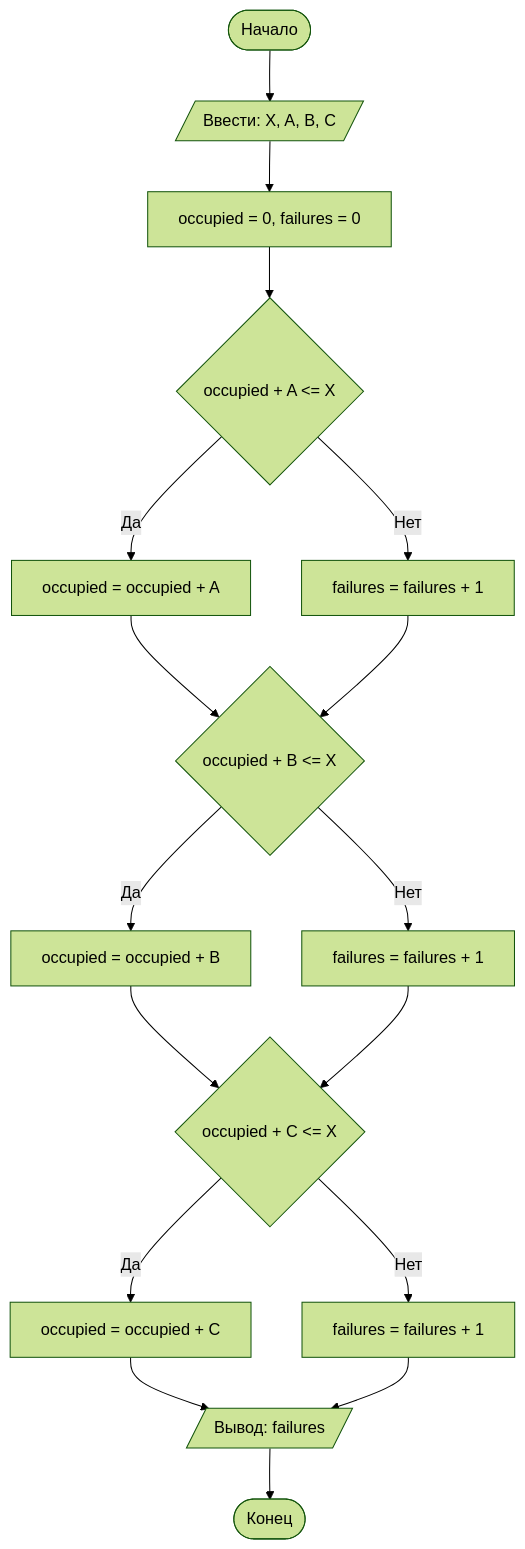
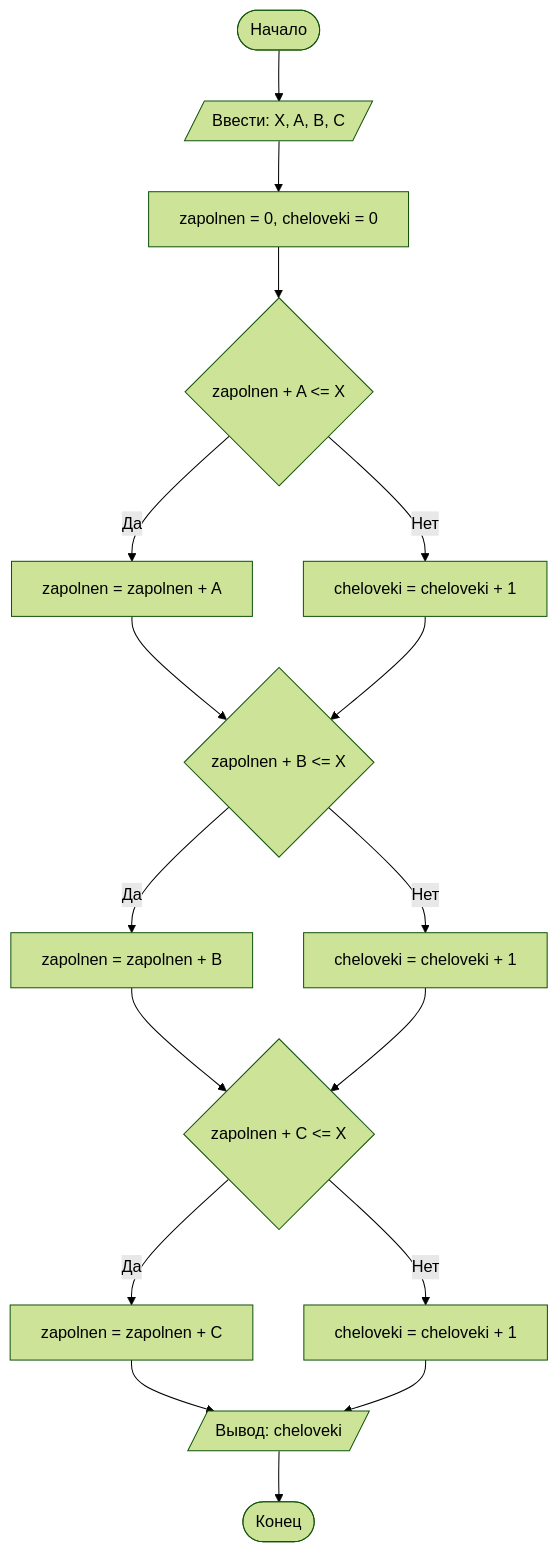
Before and after one commit to Ekaterina-egik/lab1: the diagram in README.md, drawn with Mermaid (forest theme).

````diff
--- a/README.md
+++ b/README.md
@@ -71,20 +71,20 @@
 ```mermaid
 graph TD
     A([Начало]) --> B[/Ввести: X, A, B, C/]
-    B --> C[occupied = 0, failures = 0]
-    C --> D{occupied + A <= X}
-    D -- Да --> E[occupied = occupied + A]
-    D -- Нет --> F[failures = failures + 1]
-    E --> G{occupied + B <= X}
+    B --> C[ zapolnen = 0, cheloveki = 0]
+    C --> D{zapolnen + A <= X}
+    D -- Да --> E[zapolnen = zapolnen + A]
+    D -- Нет --> F[cheloveki = cheloveki + 1]
+    E --> G{zapolnen + B <= X}
     F --> G
-    G -- Да --> H[occupied = occupied + B]
-    G -- Нет --> I[failures = failures + 1]
-    H --> J{occupied + C <= X}
+    G -- Да --> H[zapolnen = zapolnen + B]
+    G -- Нет --> I[cheloveki = cheloveki + 1]
+    H --> J{zapolnen + C <= X}
     I --> J
-    J -- Да --> K[occupied = occupied + C]
-    J -- Нет --> L[failures = failures + 1]
-    K --> M[/Вывод: failures/]
+    J -- Да --> K[zapolnen = zapolnen + C]
+    J -- Нет --> L[cheloveki = cheloveki + 1]
+    K --> M[/Вывод: cheloveki/]
     L --> M
     M --> Z([Конец])
 
 ```
````
